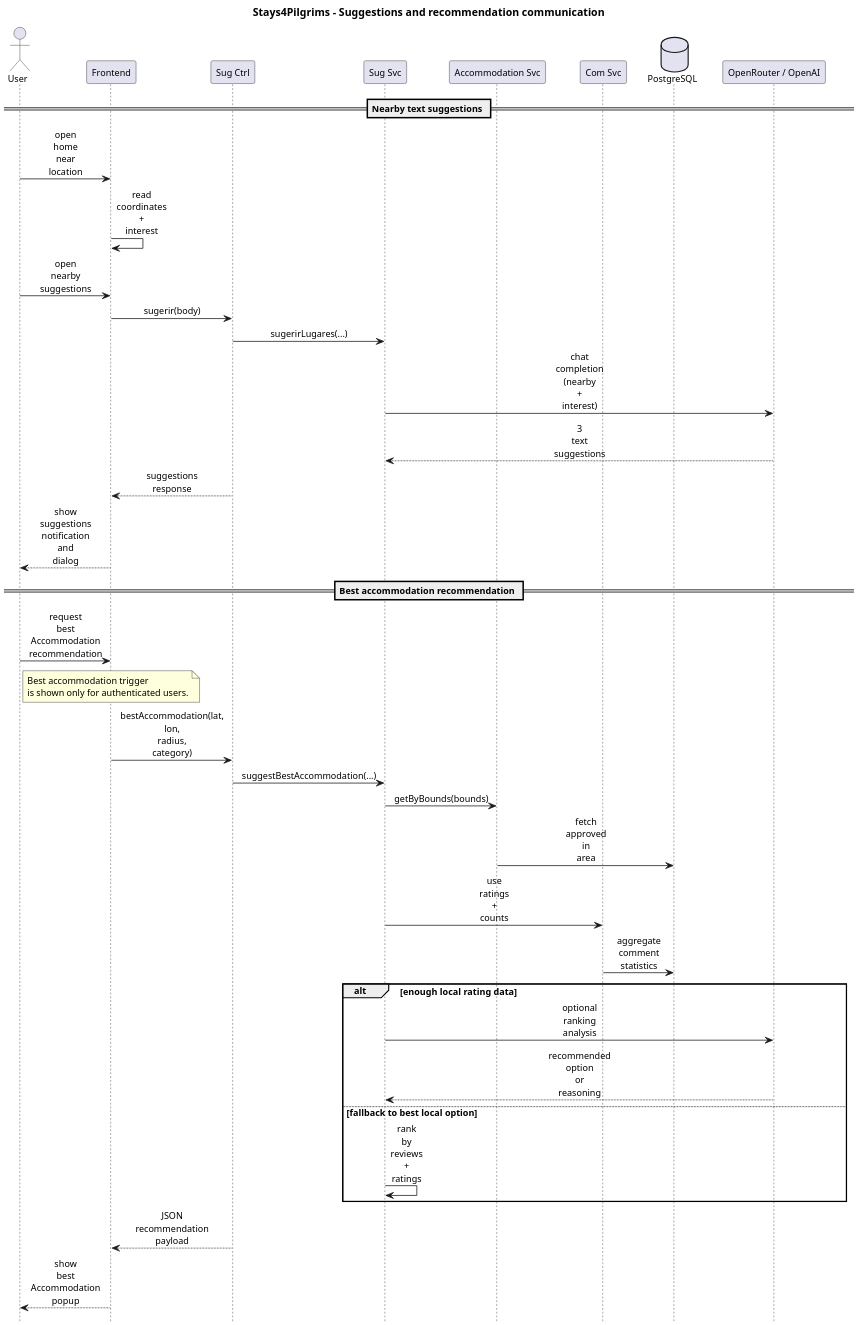
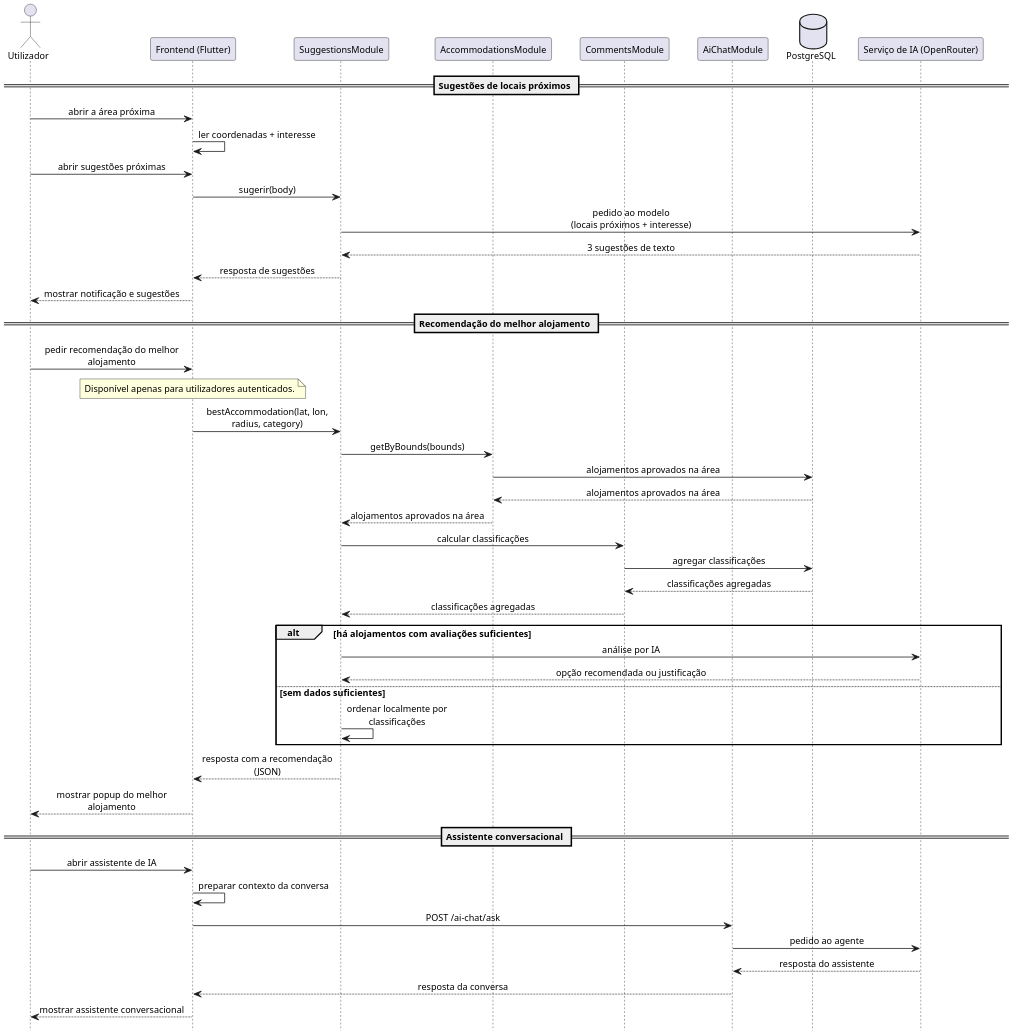
One commit to alegna83/cookbook-be changed the diagram in docs/diagrams/communication-suggestions-flow.puml. Above: the diagram before and after it, drawn with PlantUML. The commit also changed 1 other file, not shown here.

Commit message:
communication suggestions

```diff
--- a/docs/diagrams/communication-suggestions-flow.puml
+++ b/docs/diagrams/communication-suggestions-flow.puml
@@ -1,59 +1,69 @@
 @startuml
-title Stays4Pilgrims - Suggestions and recommendation communication
 hide footbox
 skinparam defaultFontName Arial
 skinparam defaultFontSize 12
 skinparam dpi 190
-skinparam maxMessageSize 22
+skinparam maxMessageSize 200
 skinparam sequence {
-  ParticipantPadding 18
-  BoxPadding 12
+  ParticipantPadding 14
+  BoxPadding 8
   MessageAlign center
   ArrowThickness 1
 }
 
-actor User
-participant "Frontend" as FE
-participant "Sug Ctrl" as SuggestionController
-participant "Sug Svc" as SuggestionService
-participant "Accommodation Svc" as AccommodationService
-participant "Com Svc" as CommentsService
+actor Utilizador
+participant "Frontend (Flutter)" as FE
+participant "SuggestionsModule" as SuggestionsModule
+participant "AccommodationsModule" as AccommodationsModule
+participant "CommentsModule" as CommentsModule
+participant "AiChatModule" as AiChatModule
 database "PostgreSQL" as DB
-participant "OpenRouter / OpenAI" as AI
+participant "Serviço de IA (OpenRouter)" as AI
 
-== Nearby text suggestions ==
+== Sugestões de locais próximos ==
 
-User -> FE : open home near location
-FE -> FE : read coordinates + interest
+Utilizador -> FE : abrir a área próxima
+FE -> FE : ler coordenadas + interesse
 
-User -> FE : open nearby suggestions
-FE -> SuggestionController : sugerir(body)
-SuggestionController -> SuggestionService : sugerirLugares(...)
-SuggestionService -> AI : chat completion\n(nearby + interest)
-AI --> SuggestionService : 3 text suggestions
-SuggestionController --> FE : suggestions response
-FE --> User : show suggestions notification and dialog
+Utilizador -> FE : abrir sugestões próximas
+FE -> SuggestionsModule : sugerir(body)
+SuggestionsModule -> AI : pedido ao modelo\n(locais próximos + interesse)
+AI --> SuggestionsModule : 3 sugestões de texto
+SuggestionsModule --> FE : resposta de sugestões
+FE --> Utilizador : mostrar notificação e sugestões
 
-== Best accommodation recommendation ==
+== Recomendação do melhor alojamento ==
 
-User -> FE : request best Accommodation recommendation
+Utilizador -> FE : pedir recomendação do melhor alojamento
 note over FE
-Best accommodation trigger
-is shown only for authenticated users.
+Disponível apenas para utilizadores autenticados.
 end note
-FE -> SuggestionController : bestAccommodation(lat, lon, radius, category)
-SuggestionController -> SuggestionService : suggestBestAccommodation(...)
-SuggestionService -> AccommodationService : getByBounds(bounds)
-AccommodationService -> DB : fetch approved in area
-SuggestionService -> CommentsService : use ratings + counts
-CommentsService -> DB : aggregate comment statistics
-alt enough local rating data
-  SuggestionService -> AI : optional ranking analysis
-  AI --> SuggestionService : recommended option or reasoning
-else fallback to best local option
-  SuggestionService -> SuggestionService : rank by reviews + ratings
+FE -> SuggestionsModule : bestAccommodation(lat, lon, radius, category)
+SuggestionsModule -> AccommodationsModule : getByBounds(bounds)
+AccommodationsModule -> DB : alojamentos aprovados na área
+DB --> AccommodationsModule : alojamentos aprovados na área
+AccommodationsModule --> SuggestionsModule : alojamentos aprovados na área
+SuggestionsModule -> CommentsModule : calcular classificações
+CommentsModule -> DB : agregar classificações
+DB --> CommentsModule : classificações agregadas
+CommentsModule --> SuggestionsModule : classificações agregadas
+alt há alojamentos com avaliações suficientes
+  SuggestionsModule -> AI : análise por IA
+  AI --> SuggestionsModule : opção recomendada ou justificação
+else sem dados suficientes
+  SuggestionsModule -> SuggestionsModule : ordenar localmente por classificações
 end
-SuggestionController --> FE : JSON recommendation payload
-FE --> User : show best Accommodation popup
+SuggestionsModule --> FE : resposta com a recomendação (JSON)
+FE --> Utilizador : mostrar popup do melhor alojamento
+
+== Assistente conversacional ==
+
+Utilizador -> FE : abrir assistente de IA
+FE -> FE : preparar contexto da conversa
+FE -> AiChatModule : POST /ai-chat/ask
+AiChatModule -> AI : pedido ao agente
+AI --> AiChatModule : resposta do assistente
+AiChatModule --> FE : resposta da conversa
+FE --> Utilizador : mostrar assistente conversacional
 
 @enduml
```
